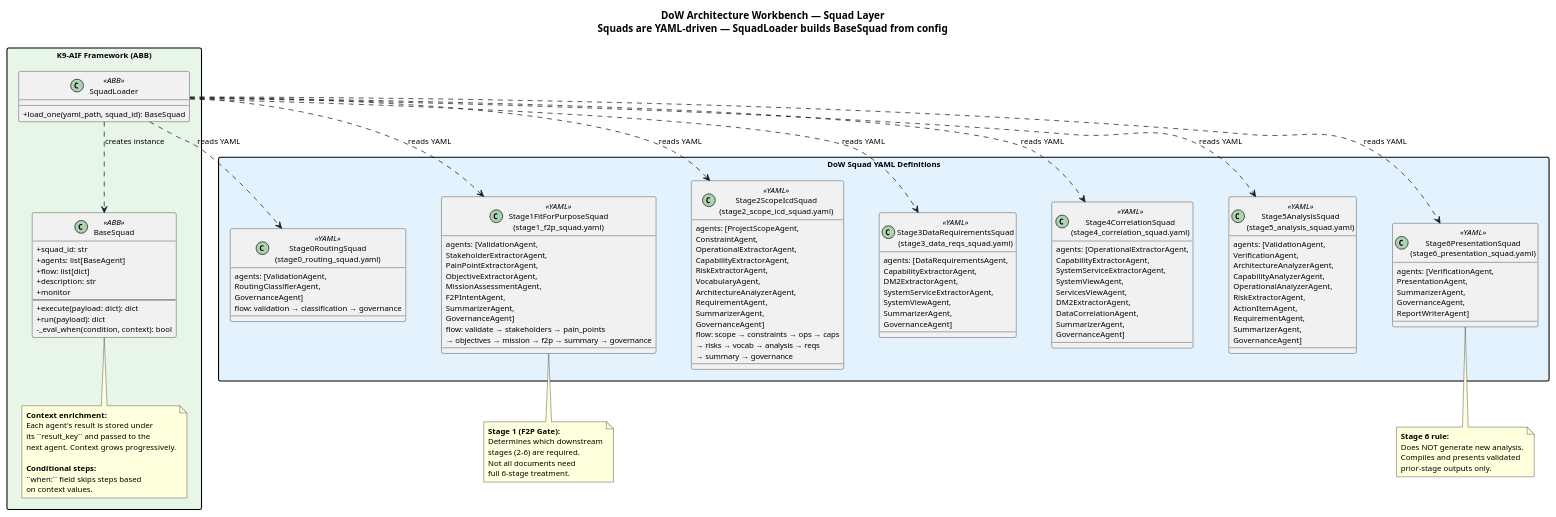
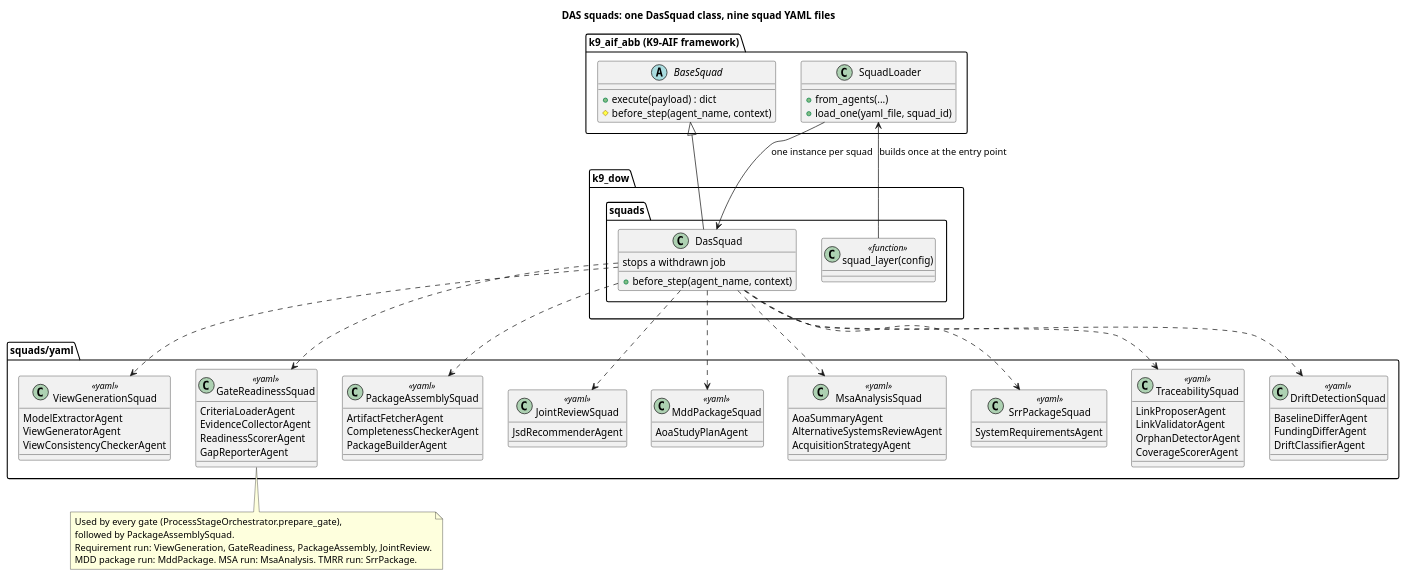
The diagram in architecture/diagrams/03-squad-class-diagram.puml (k9aif/dow-k9x), drawn with PlantUML before and after one commit. The commit also changed 13 other files, not shown here.

First line of the commit message:
Redraw architecture diagrams from the current code; AWS boundary as a frame

```diff
--- a/architecture/diagrams/03-squad-class-diagram.puml
+++ b/architecture/diagrams/03-squad-class-diagram.puml
@@ -1,155 +1,86 @@
-@startuml
-skinparam classAttributeIconSize 0
-skinparam shadowing false
-skinparam defaultFontName Helvetica
-skinparam defaultFontSize 11
-skinparam packageStyle rectangle
-skinparam nodesep 50
-skinparam ranksep 35
+@startuml 03-squad-class-diagram
+title DAS squads: one DasSquad class, nine squad YAML files
 
-title **DoW Architecture Workbench — Squad Layer**\nSquads are YAML-driven — SquadLoader builds BaseSquad from config
-
-' ── ABB ───────────────────────────────────────────────────
-
-package "K9-AIF Framework (ABB)" #E8F5E9 {
-
-    class BaseSquad <<ABB>> {
-        +squad_id: str
-        +agents: list[BaseAgent]
-        +flow: list[dict]
-        +description: str
-        +monitor
-        --
-        +execute(payload: dict): dict
-        +run(payload): dict
-        -_eval_when(condition, context): bool
-    }
-
-    class SquadLoader <<ABB>> {
-        +load_one(yaml_path, squad_id): BaseSquad
-    }
-
-    note bottom of BaseSquad
-        **Context enrichment:**
-        Each agent's result is stored under
-        its ``result_key`` and passed to the
-        next agent. Context grows progressively.
-
-        **Conditional steps:**
-        ``when:`` field skips steps based
-        on context values.
-    end note
+package "k9_aif_abb (K9-AIF framework)" {
+  abstract class BaseSquad {
+    +execute(payload) : dict
+    #before_step(agent_name, context)
+  }
+  class SquadLoader {
+    +from_agents(...)
+    +load_one(yaml_file, squad_id)
+  }
 }
 
-' ── SBB: Squad YAML Definitions ──────────────────────────
-
-package "DoW Squad YAML Definitions" #E3F2FD {
-
-    class "Stage0RoutingSquad\n(stage0_routing_squad.yaml)" as s0 <<YAML>> {
-        agents: [ValidationAgent,
-            RoutingClassifierAgent,
-            GovernanceAgent]
-        flow: validation → classification → governance
-    }
-
-    class "Stage1FitForPurposeSquad\n(stage1_f2p_squad.yaml)" as s1 <<YAML>> {
-        agents: [ValidationAgent,
-            StakeholderExtractorAgent,
-            PainPointExtractorAgent,
-            ObjectiveExtractorAgent,
-            MissionAssessmentAgent,
-            F2PIntentAgent,
-            SummarizerAgent,
-            GovernanceAgent]
-        flow: validate → stakeholders → pain_points
-            → objectives → mission → f2p → summary → governance
-    }
-
-    class "Stage2ScopeIcdSquad\n(stage2_scope_icd_squad.yaml)" as s2 <<YAML>> {
-        agents: [ProjectScopeAgent,
-            ConstraintAgent,
-            OperationalExtractorAgent,
-            CapabilityExtractorAgent,
-            RiskExtractorAgent,
-            VocabularyAgent,
-            ArchitectureAnalyzerAgent,
-            RequirementAgent,
-            SummarizerAgent,
-            GovernanceAgent]
-        flow: scope → constraints → ops → caps
-            → risks → vocab → analysis → reqs
-            → summary → governance
-    }
-
-    class "Stage3DataRequirementsSquad\n(stage3_data_reqs_squad.yaml)" as s3 <<YAML>> {
-        agents: [DataRequirementsAgent,
-            CapabilityExtractorAgent,
-            DM2ExtractorAgent,
-            SystemServiceExtractorAgent,
-            SystemViewAgent,
-            SummarizerAgent,
-            GovernanceAgent]
-    }
-
-    class "Stage4CorrelationSquad\n(stage4_correlation_squad.yaml)" as s4 <<YAML>> {
-        agents: [OperationalExtractorAgent,
-            CapabilityExtractorAgent,
-            SystemServiceExtractorAgent,
-            SystemViewAgent,
-            ServicesViewAgent,
-            DM2ExtractorAgent,
-            DataCorrelationAgent,
-            SummarizerAgent,
-            GovernanceAgent]
-    }
-
-    class "Stage5AnalysisSquad\n(stage5_analysis_squad.yaml)" as s5 <<YAML>> {
-        agents: [ValidationAgent,
-            VerificationAgent,
-            ArchitectureAnalyzerAgent,
-            CapabilityAnalyzerAgent,
-            OperationalAnalyzerAgent,
-            RiskExtractorAgent,
-            ActionItemAgent,
-            RequirementAgent,
-            SummarizerAgent,
-            GovernanceAgent]
-    }
-
-    class "Stage6PresentationSquad\n(stage6_presentation_squad.yaml)" as s6 <<YAML>> {
-        agents: [VerificationAgent,
-            PresentationAgent,
-            SummarizerAgent,
-            GovernanceAgent,
-            ReportWriterAgent]
-    }
+package "k9_dow.squads" {
+  class DasSquad {
+    +before_step(agent_name, context)
+    stops a withdrawn job
+  }
+  class "squad_layer(config)" as SL <<function>>
 }
 
-' ── Relationships ────────────────────────────────────────
+package "squads/yaml" {
+  class ViewGenerationSquad <<yaml>> {
+    ModelExtractorAgent
+    ViewGeneratorAgent
+    ViewConsistencyCheckerAgent
+  }
+  class GateReadinessSquad <<yaml>> {
+    CriteriaLoaderAgent
+    EvidenceCollectorAgent
+    ReadinessScorerAgent
+    GapReporterAgent
+  }
+  class PackageAssemblySquad <<yaml>> {
+    ArtifactFetcherAgent
+    CompletenessCheckerAgent
+    PackageBuilderAgent
+  }
+  class JointReviewSquad <<yaml>> {
+    JsdRecommenderAgent
+  }
+  class MddPackageSquad <<yaml>> {
+    AoaStudyPlanAgent
+  }
+  class MsaAnalysisSquad <<yaml>> {
+    AoaSummaryAgent
+    AlternativeSystemsReviewAgent
+    AcquisitionStrategyAgent
+  }
+  class SrrPackageSquad <<yaml>> {
+    SystemRequirementsAgent
+  }
+  class TraceabilitySquad <<yaml>> {
+    LinkProposerAgent
+    LinkValidatorAgent
+    OrphanDetectorAgent
+    CoverageScorerAgent
+  }
+  class DriftDetectionSquad <<yaml>> {
+    BaselineDifferAgent
+    FundingDifferAgent
+    DriftClassifierAgent
+  }
+}
 
-SquadLoader ..> s0 : reads YAML
-SquadLoader ..> s1 : reads YAML
-SquadLoader ..> s2 : reads YAML
-SquadLoader ..> s3 : reads YAML
-SquadLoader ..> s4 : reads YAML
-SquadLoader ..> s5 : reads YAML
-SquadLoader ..> s6 : reads YAML
+BaseSquad <|-- DasSquad
+SL --> SquadLoader : builds once at the entry point
+SquadLoader --> DasSquad : one instance per squad
+DasSquad ..> ViewGenerationSquad
+DasSquad ..> GateReadinessSquad
+DasSquad ..> PackageAssemblySquad
+DasSquad ..> JointReviewSquad
+DasSquad ..> MddPackageSquad
+DasSquad ..> MsaAnalysisSquad
+DasSquad ..> SrrPackageSquad
+DasSquad ..> TraceabilitySquad
+DasSquad ..> DriftDetectionSquad
 
-SquadLoader ..> BaseSquad : creates instance
-
-note bottom of s6
-    **Stage 6 rule:**
-    Does NOT generate new analysis.
-    Compiles and presents validated
-    prior-stage outputs only.
+note bottom of GateReadinessSquad
+  Used by every gate (ProcessStageOrchestrator.prepare_gate),
+  followed by PackageAssemblySquad.
+  Requirement run: ViewGeneration, GateReadiness, PackageAssembly, JointReview.
+  MDD package run: MddPackage. MSA run: MsaAnalysis. TMRR run: SrrPackage.
 end note
-
-note bottom of s1
-    **Stage 1 (F2P Gate):**
-    Determines which downstream
-    stages (2-6) are required.
-    Not all documents need
-    full 6-stage treatment.
-end note
-
 @enduml
```
